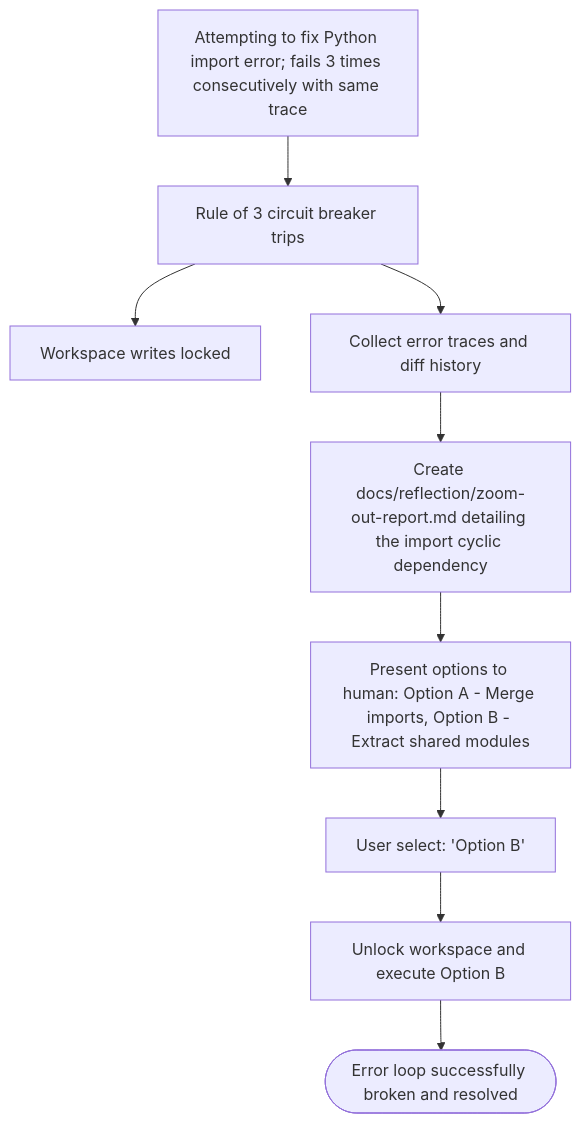
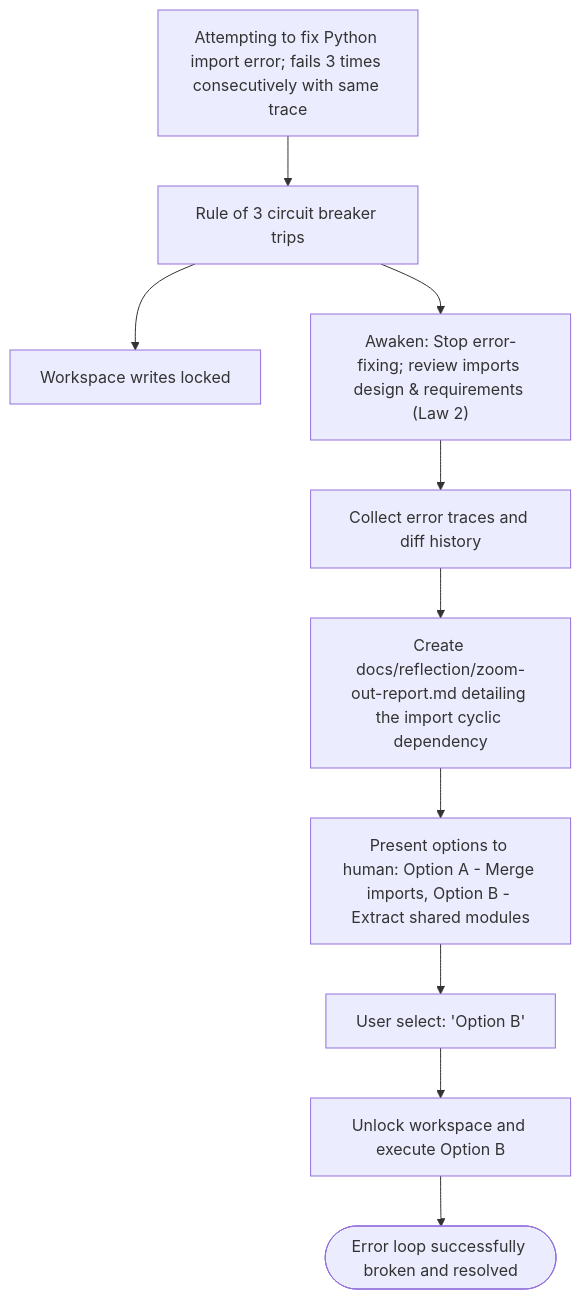
One commit to dyphn1/Harness-everything changed the third of 3 diagrams in docs/workflows/zoom-out.md. Above: the diagram before and after it, drawn with Mermaid. The commit also changed other lines of this file and 3 other files, not shown here.

Commit message:
docs(workflows): integrate decoupled cognitive laws into workflows mermaid diagrams

````diff
--- a/docs/workflows/zoom-out.md
+++ b/docs/workflows/zoom-out.md
@@ -42,11 +43,12 @@
 ```mermaid
 graph TD
   Start["Attempting to fix Python import error; fails 3 times consecutively with same trace"] --> Trigger["Rule of 3 circuit breaker trips"]
   Trigger --> Lock["Workspace writes locked"]
-  Trigger --> Collect["Collect error traces and diff history"]
+  Trigger --> Awaken["Awaken: Stop error-fixing; review imports design & requirements (Law 2)"]
+  Awaken --> Collect["Collect error traces and diff history"]
   Collect --> WriteReport["Create docs/reflection/zoom-out-report.md detailing the import cyclic dependency"]
   WriteReport --> Present["Present options to human: Option A - Merge imports, Option B - Extract shared modules"]
   Present --> UserChoice["User select: 'Option B'"]
   UserChoice --> Unlock["Unlock workspace and execute Option B"]
   Unlock --> Done([Error loop successfully broken and resolved])
 ```
````
